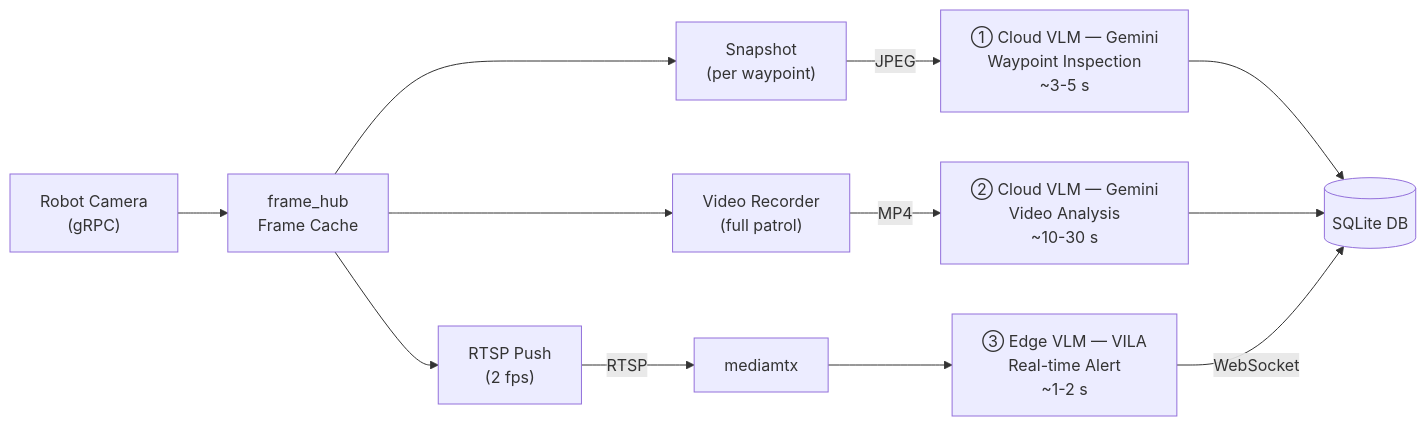
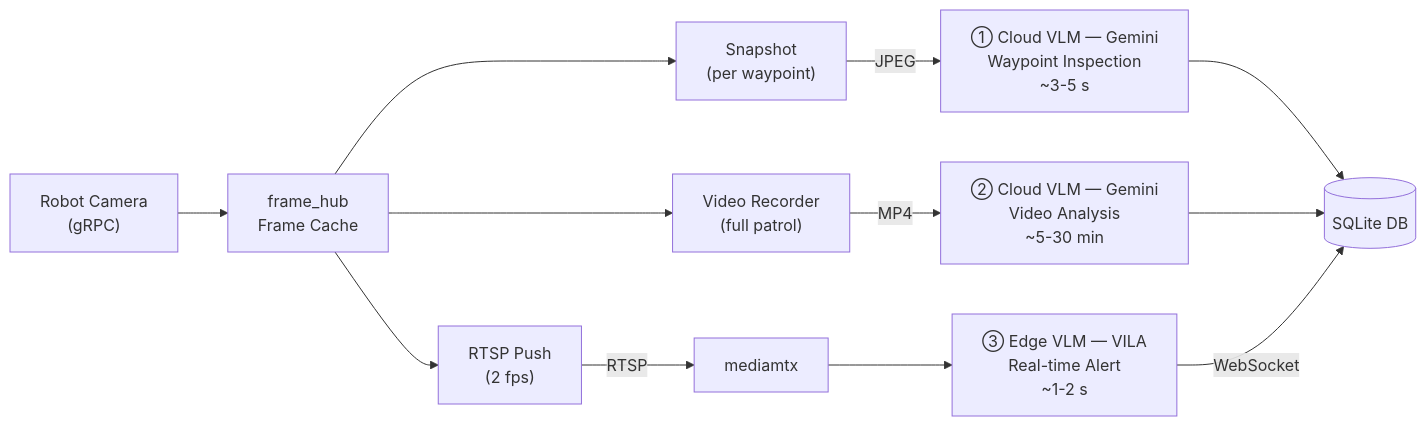
The fifth of 7 diagrams in README.md (sigmarobotics/visual-patrol), drawn with Mermaid before and after one commit. The commit also changed other lines of this file, not shown here.

Commit message:
docs: fix video analysis latency to ~5-30 min (recording + upload)

````diff
--- a/README.md
+++ b/README.md
@@ -132,16 +132,16 @@
 ```mermaid
 graph LR
     CAM["Robot Camera<br/>(gRPC)"] --> FH["frame_hub<br/>Frame Cache"]
 
     FH --> SNAP["Snapshot<br/>(per waypoint)"]
     FH --> VR["Video Recorder<br/>(full patrol)"]
     FH --> RTSP["RTSP Push<br/>(2 fps)"]
 
     SNAP -->|"JPEG"| IMG_AI["① Cloud VLM — Gemini<br/>Waypoint Inspection<br/>~3-5 s"]
-    VR -->|"MP4"| VID_AI["② Cloud VLM — Gemini<br/>Video Analysis<br/>~10-30 s"]
+    VR -->|"MP4"| VID_AI["② Cloud VLM — Gemini<br/>Video Analysis<br/>~5-30 min"]
     RTSP -->|"RTSP"| MTX["mediamtx"] --> VILA["③ Edge VLM — VILA<br/>Real-time Alert<br/>~1-2 s"]
 
     IMG_AI --> DB[(SQLite DB)]
     VID_AI --> DB
     VILA -->|"WebSocket"| DB
 ```
````
